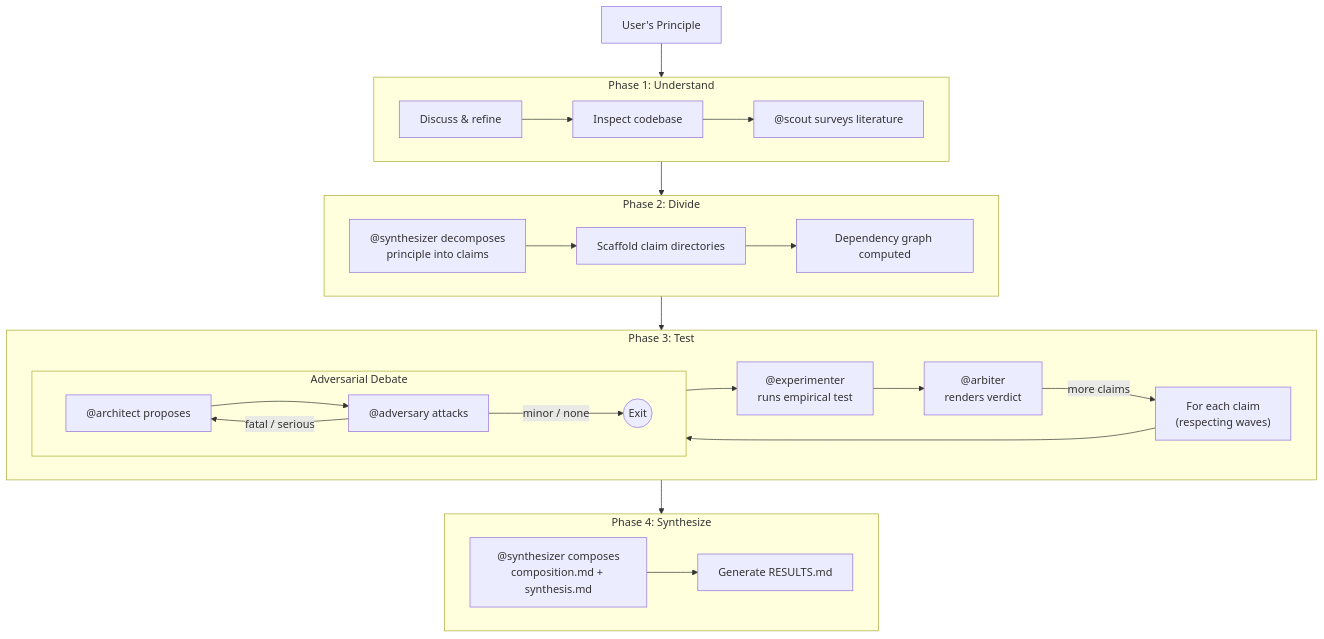
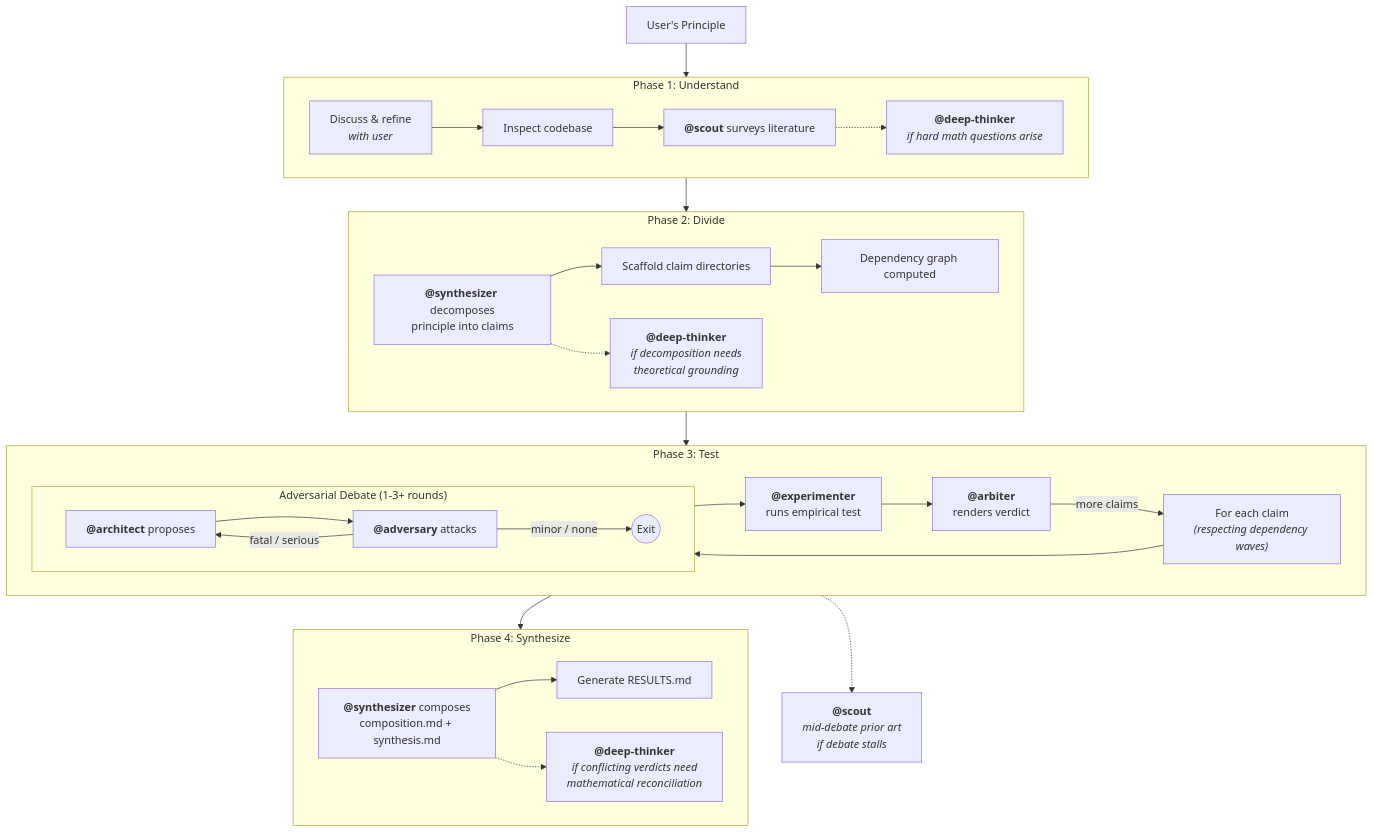
One commit to Gavin-Qiao/adversarial-research changed the second of 4 diagrams in README.md. Above: the diagram before and after it, drawn with Mermaid. The commit also changed other lines of this file and 3 other files, not shown here.

````diff
--- a/README.md
+++ b/README.md
@@ -60,39 +67,44 @@
 ```mermaid
 flowchart TD
     P["User's Principle"] --> U
 
     subgraph U ["Phase 1: Understand"]
-        U1[Discuss & refine] --> U2[Inspect codebase]
-        U2 --> U3["@scout surveys literature"]
+        U1["Discuss & refine<br/><i>with user</i>"] --> U2["Inspect codebase"]
+        U2 --> U3["<b>@scout</b> surveys literature"]
+        U3 -.-> DT1["<b>@deep-thinker</b><br/><i>if hard math questions arise</i>"]
     end
 
     U --> D
 
     subgraph D ["Phase 2: Divide"]
-        D1["@synthesizer decomposes<br/>principle into claims"] --> D2[Scaffold claim directories]
-        D2 --> D3[Dependency graph computed]
+        D1["<b>@synthesizer</b> decomposes<br/>principle into claims"] --> D2["Scaffold claim directories"]
+        D2 --> D3["Dependency graph computed"]
+        D1 -.-> DT2["<b>@deep-thinker</b><br/><i>if decomposition needs<br/>theoretical grounding</i>"]
     end
 
     D --> T
 
     subgraph T ["Phase 3: Test"]
-        T1["For each claim<br/>(respecting waves)"]
+        T1["For each claim<br/><i>(respecting dependency waves)</i>"]
         T1 --> DEBATE
-        DEBATE --> EXP["@experimenter<br/>runs empirical test"]
-        EXP --> VERDICT["@arbiter<br/>renders verdict"]
-        VERDICT -->|more claims| T1
+        DEBATE --> EXP["<b>@experimenter</b><br/>runs empirical test"]
+        EXP --> VERDICT["<b>@arbiter</b><br/>renders verdict"]
+        VERDICT -->|"more claims"| T1
     end
 
     T --> S
 
     subgraph S ["Phase 4: Synthesize"]
-        S1["@synthesizer composes<br/>composition.md + synthesis.md"]
-        S1 --> S2[Generate RESULTS.md]
+        S1["<b>@synthesizer</b> composes<br/>composition.md + synthesis.md"]
+        S1 --> S2["Generate RESULTS.md"]
+        S1 -.-> DT3["<b>@deep-thinker</b><br/><i>if conflicting verdicts need<br/>mathematical reconciliation</i>"]
     end
 
-    subgraph DEBATE ["Adversarial Debate"]
-        A1["@architect proposes"] --> A2["@adversary attacks"]
+    subgraph DEBATE ["Adversarial Debate (1-3+ rounds)"]
+        A1["<b>@architect</b> proposes"] --> A2["<b>@adversary</b> attacks"]
         A2 -->|"fatal / serious"| A1
         A2 -->|"minor / none"| EXIT(("Exit"))
     end
+
+    T -.-> SCO["<b>@scout</b><br/><i>mid-debate prior art<br/>if debate stalls</i>"]
 ```
````
